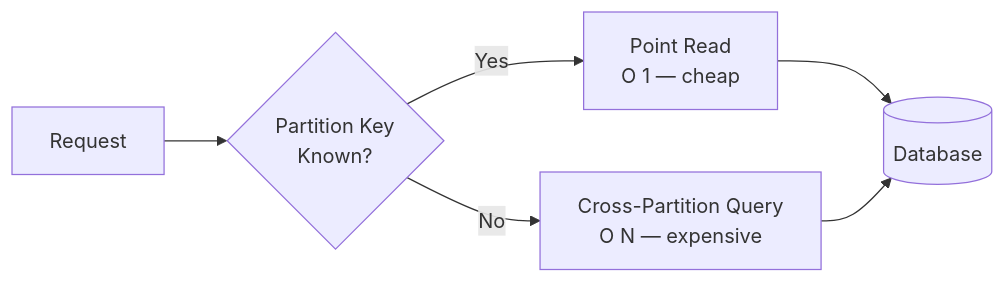
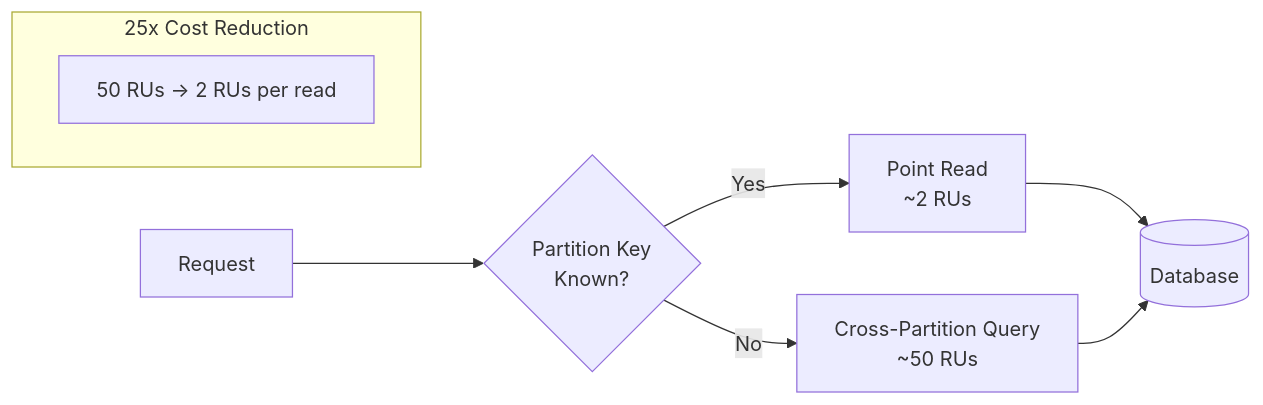
One commit to mvsnbharath/Design changed the second of 6 diagrams in AWS/Msft/sacaling.md. Above: the diagram before and after it, drawn with Mermaid. The commit also changed other lines of this file, not shown here.

````diff
--- a/AWS/Msft/sacaling.md
+++ b/AWS/Msft/sacaling.md
@@ -49,6 +34,11 @@
 ```mermaid
 flowchart LR
     R1[Request] --> Check{Partition Key<br/>Known?}
-    Check -->|Yes| PR[Point Read<br/>O 1 — cheap] --> DB[(Database)]
-    Check -->|No| CQ[Cross-Partition Query<br/>O N — expensive] --> DB
+    Check -->|Yes| PR["Point Read<br/>~2 RUs"] --> DB[(Database)]
+    Check -->|No| CQ["Cross-Partition Query<br/>~50 RUs"] --> DB
+
+    subgraph Impact["25x Cost Reduction"]
+        direction LR
+        I1["50 RUs → 2 RUs per read"]
+    end
 ```
````
